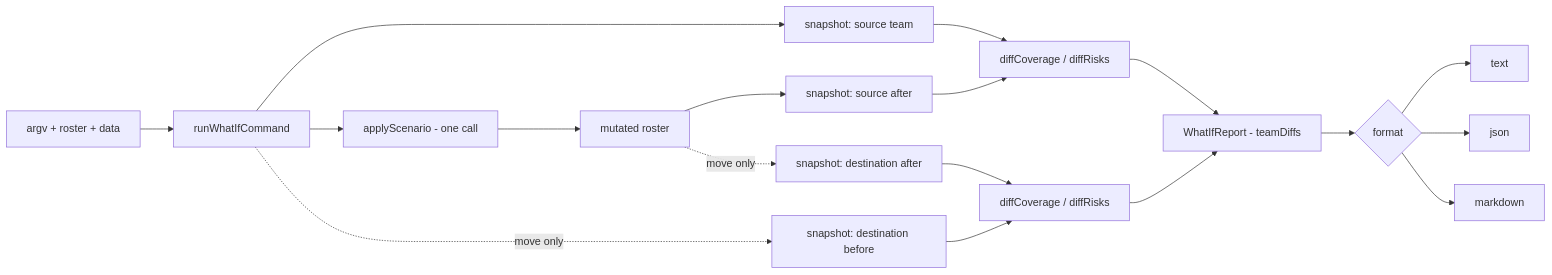
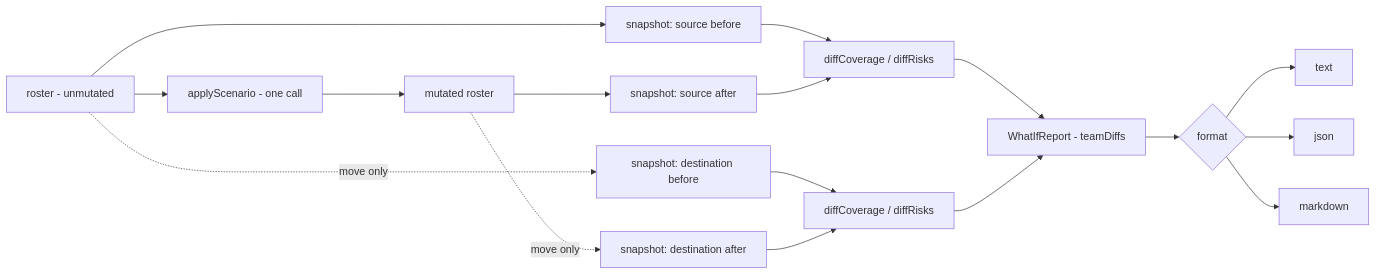
Before and after one commit to forwardimpact/pathway: the diagram in specs/830-summit-what-if-move-both-sides/design-a.md, drawn with Mermaid. The commit also changed other lines of this file, not shown here.

````diff
--- a/specs/830-summit-what-if-move-both-sides/design-a.md
+++ b/specs/830-summit-what-if-move-both-sides/design-a.md
@@ -29,20 +28,19 @@
 ```mermaid
 flowchart LR
-  argv[argv + roster + data] --> CMD[runWhatIfCommand]
-  CMD --> SRC[snapshot: source team]
-  CMD --> AS[applyScenario - one call]
+  ROSTER[roster - unmutated] --> SRC[snapshot: source before]
+  ROSTER -.move only.-> DST[snapshot: destination before]
+  ROSTER --> AS[applyScenario - one call]
   AS --> MUT[mutated roster]
   MUT --> SRC2[snapshot: source after]
   MUT -.move only.-> DST2[snapshot: destination after]
-  CMD -.move only.-> DST[snapshot: destination before]
   SRC --> DSRC[diffCoverage / diffRisks]
   SRC2 --> DSRC
   DST --> DDST[diffCoverage / diffRisks]
   DST2 --> DDST
   DSRC --> RPT[WhatIfReport - teamDiffs]
   DDST --> RPT
   RPT --> FMT{format}
   FMT --> TXT[text]
   FMT --> JSN[json]
   FMT --> MD[markdown]
 ```
````
